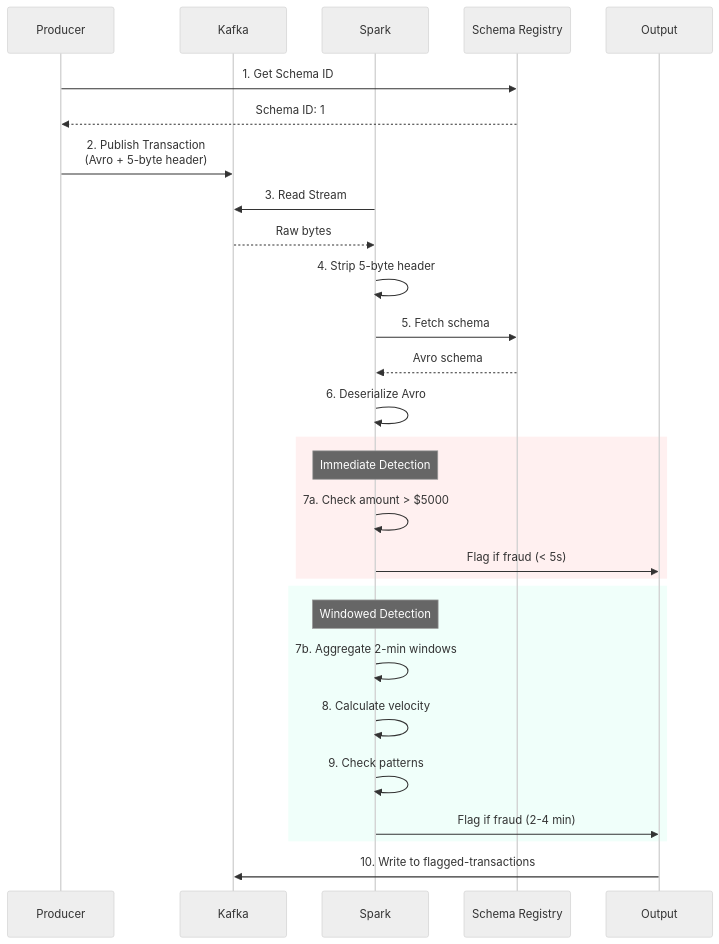
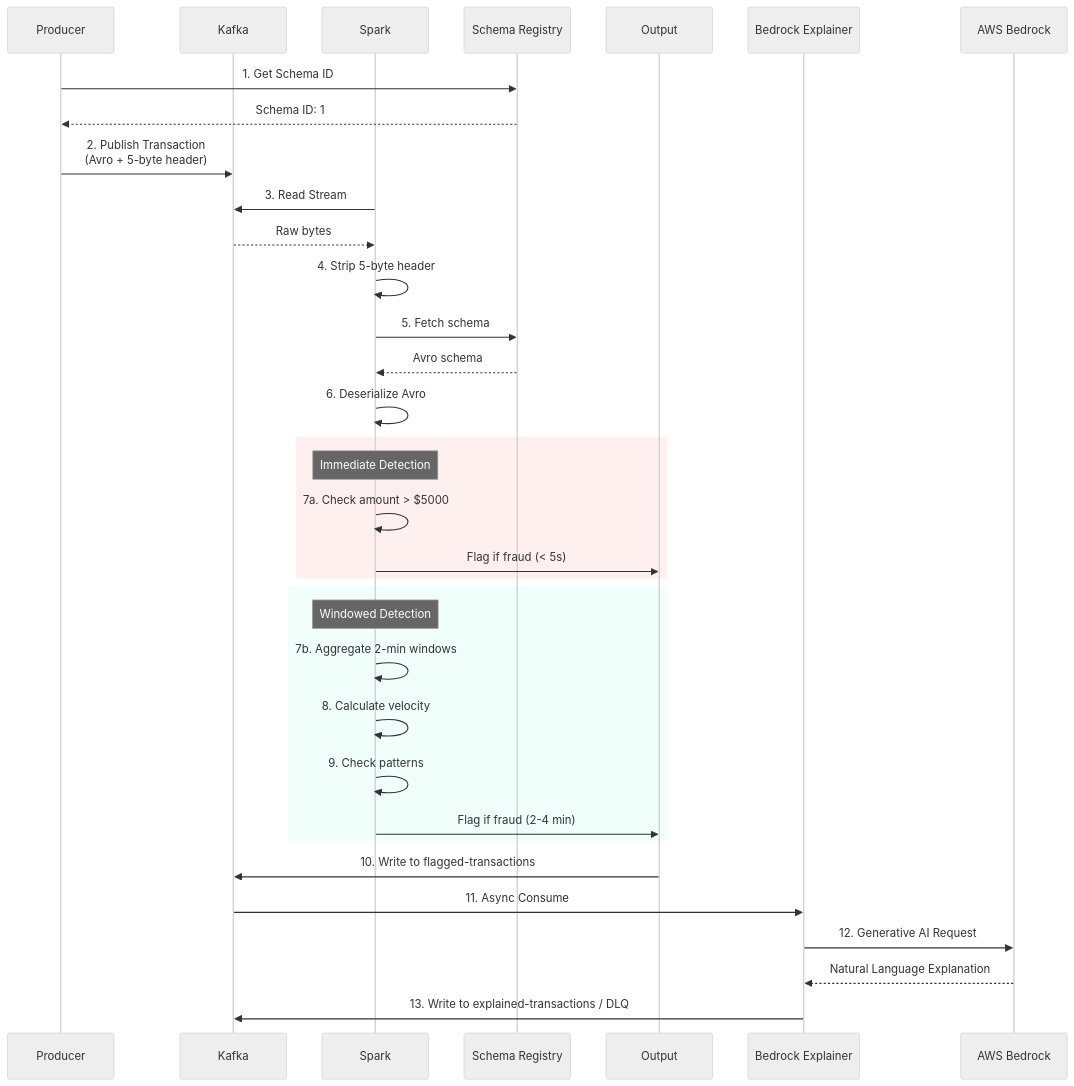
Before and after one commit to W4NT3D29/kafka-spark-bedrock-fraud-pipeline: the second of 2 diagrams in README.md, drawn with Mermaid (neutral theme). The commit also changed other lines of this file and 1 other file, not shown here.

Commit message:
fix: readme and bedrock

````diff
--- a/README.md
+++ b/README.md
@@ -79,38 +77,46 @@
 ```mermaid
 sequenceDiagram
     participant Producer
     participant Kafka
     participant Spark
     participant SchemaRegistry as Schema Registry
     participant Output
     
     Producer->>SchemaRegistry: 1. Get Schema ID
     SchemaRegistry-->>Producer: Schema ID: 1
     
     Producer->>Kafka: 2. Publish Transaction<br/>(Avro + 5-byte header)
     
     Spark->>Kafka: 3. Read Stream
     Kafka-->>Spark: Raw bytes
     
     Spark->>Spark: 4. Strip 5-byte header
     Spark->>SchemaRegistry: 5. Fetch schema
     SchemaRegistry-->>Spark: Avro schema
     
     Spark->>Spark: 6. Deserialize Avro
     
     rect rgb(255, 240, 240)
         Note over Spark: Immediate Detection
         Spark->>Spark: 7a. Check amount > $5000
         Spark->>Output: Flag if fraud (< 5s)
     end
     
     rect rgb(240, 255, 250)
         Note over Spark: Windowed Detection
         Spark->>Spark: 7b. Aggregate 2-min windows
         Spark->>Spark: 8. Calculate velocity
         Spark->>Spark: 9. Check patterns
         Spark->>Output: Flag if fraud (2-4 min)
     end
     
     Output->>Kafka: 10. Write to flagged-transactions
+
+    participant BedrockExplainer as Bedrock Explainer
+    participant BedrockAPI as AWS Bedrock
+    
+    Kafka->>BedrockExplainer: 11. Async Consume
+    BedrockExplainer->>BedrockAPI: 12. Generative AI Request
+    BedrockAPI-->>BedrockExplainer: Natural Language Explanation
+    BedrockExplainer->>Kafka: 13. Write to explained-transactions / DLQ
 ```
````
